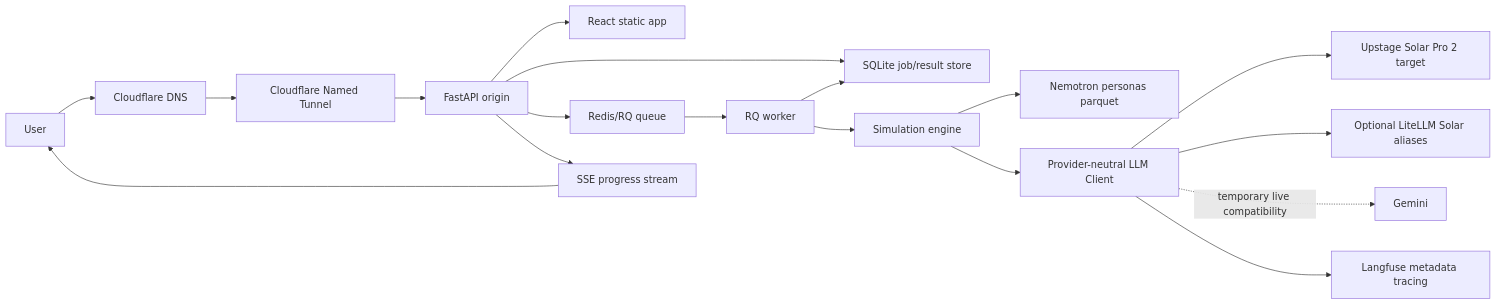
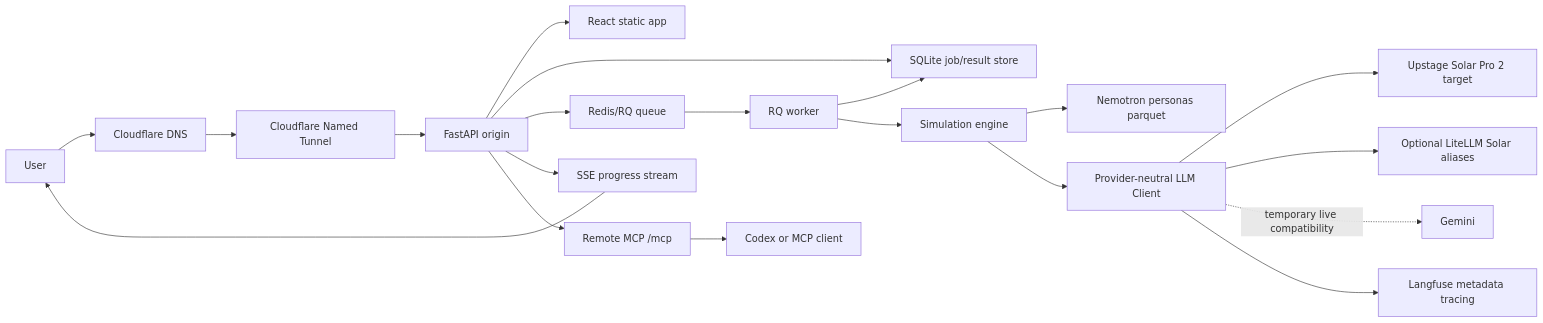
The diagram in org/organization/product/waterfall.run/koresim-v2/README.md (minsim-ai/minsim), drawn with Mermaid before and after one commit. The commit also changed other lines of this file and 6 other files, not shown here.

````diff
--- a/org/organization/product/waterfall.run/koresim-v2/README.md
+++ b/org/organization/product/waterfall.run/koresim-v2/README.md
@@ -31,20 +32,22 @@
 ```mermaid
 flowchart LR
   User["User"] --> CF["Cloudflare DNS"]
   CF --> Tunnel["Cloudflare Named Tunnel"]
   Tunnel --> API["FastAPI origin"]
   API --> React["React static app"]
   API --> Jobs["SQLite job/result store"]
   API --> Queue["Redis/RQ queue"]
   Queue --> Worker["RQ worker"]
   Worker --> Jobs
   Worker --> Engine["Simulation engine"]
   Engine --> Personas["Nemotron personas parquet"]
   Engine --> LLMGateway["Provider-neutral LLM Client"]
   LLMGateway --> Solar["Upstage Solar Pro 2 target"]
   LLMGateway --> LiteLLM["Optional LiteLLM Solar aliases"]
   LLMGateway -. "temporary live compatibility" .-> Gemini["Gemini"]
   LLMGateway --> Obs["Langfuse metadata tracing"]
   API --> SSE["SSE progress stream"]
+  API --> MCP["Remote MCP /mcp"]
+  MCP --> MCPClient["Codex or MCP client"]
   SSE --> User
 ```
````
